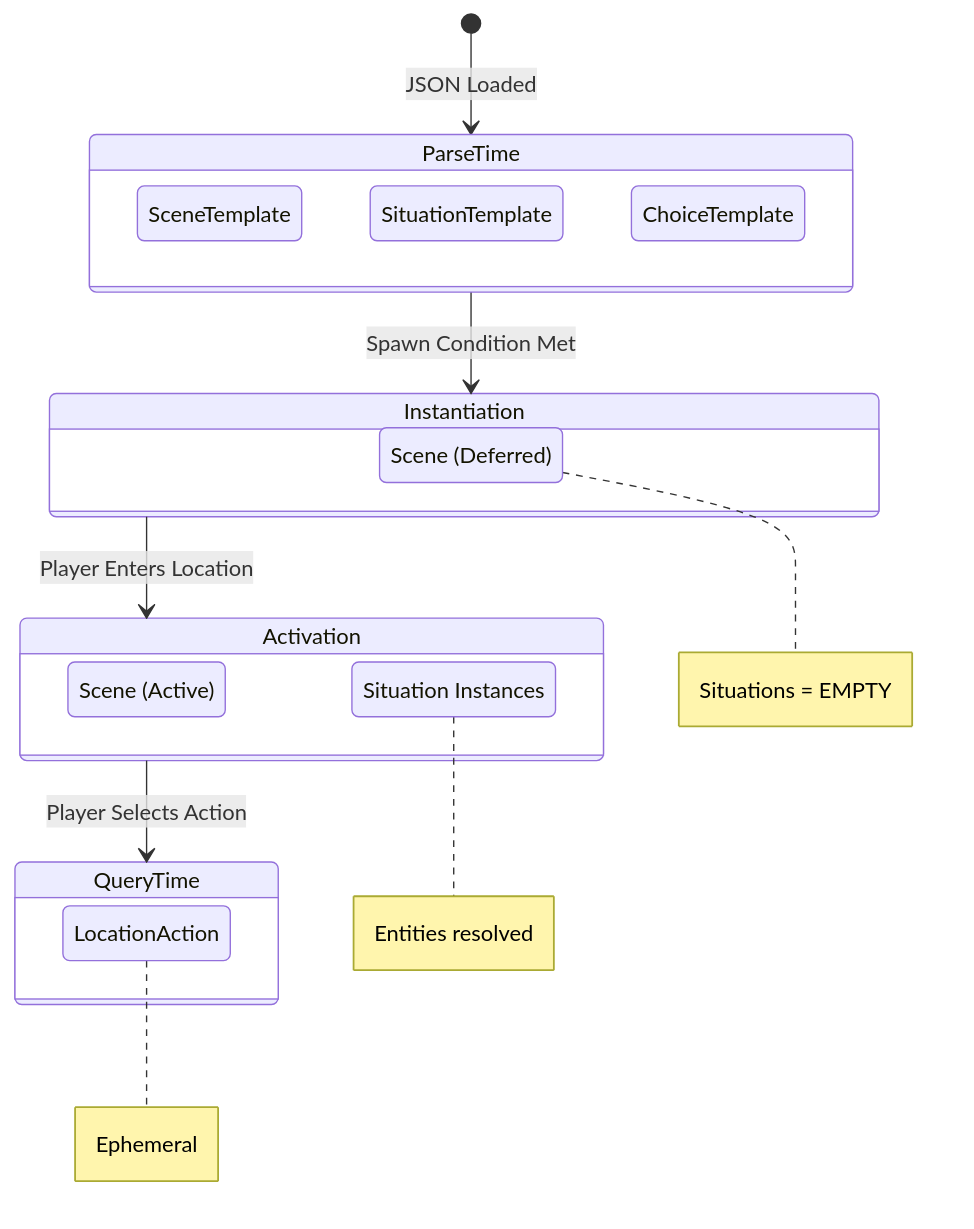
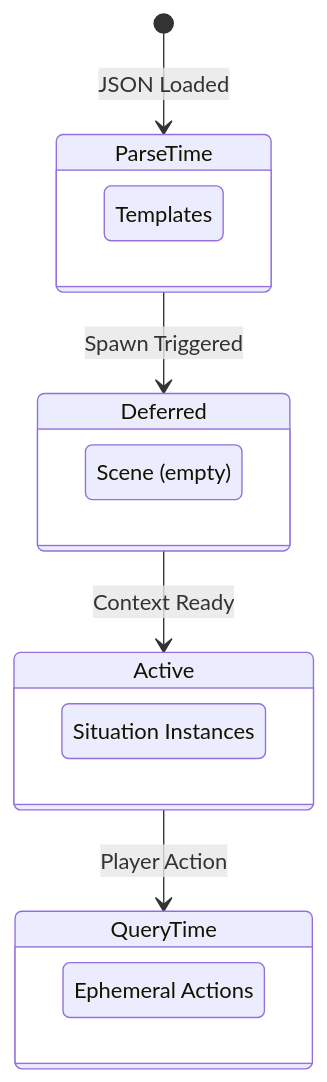
Before and after one commit to meatz89/Wayfarer: the fourth of 4 diagrams in arc42/08_crosscutting_concepts.md, drawn with Mermaid. The commit also changed other lines of this file and 10 other files, not shown here.

````diff
--- a/arc42/08_crosscutting_concepts.md
+++ b/arc42/08_crosscutting_concepts.md
@@ -471,29 +264,23 @@
 ```mermaid
 stateDiagram-v2
     [*] --> ParseTime: JSON Loaded
-    ParseTime --> Instantiation: Spawn Condition Met
-    Instantiation --> Activation: Player Enters Location
-    Activation --> QueryTime: Player Selects Action
+    ParseTime --> Deferred: Spawn Triggered
+    Deferred --> Active: Context Ready
+    Active --> QueryTime: Player Action
 
     state ParseTime {
-        SceneTemplate
-        SituationTemplate
-        ChoiceTemplate
+        Templates
     }
 
-    state Instantiation {
-        Scene_Deferred: Scene (Deferred)
-        note right of Scene_Deferred: Situations = EMPTY
+    state Deferred {
+        SceneInstance: Scene (empty)
     }
 
-    state Activation {
-        Scene_Active: Scene (Active)
+    state Active {
         Situations: Situation Instances
-        note right of Situations: Entities resolved
     }
 
     state QueryTime {
-        LocationAction
-        note right of LocationAction: Ephemeral
+        Actions: Ephemeral Actions
     }
 ```
````
